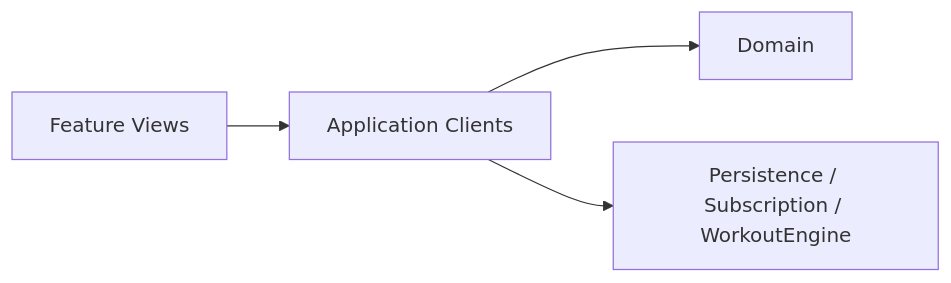
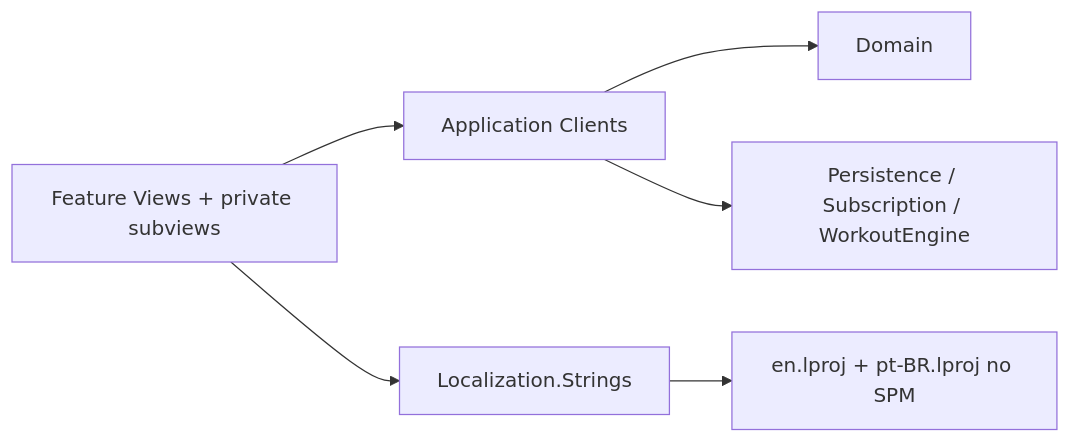
One commit to douglastaquary/CrossfitPRApp changed the diagram in spdd/prompt/CPR-006-20261028-[Feat]-mv-swiftui-architecture-standard.md. Above: the diagram before and after it, drawn with Mermaid. The commit also changed other lines of this file and 14 other files, not shown here.

````diff
--- a/spdd/prompt/CPR-006-20261028-[Feat]-mv-swiftui-architecture-standard.md
+++ b/spdd/prompt/CPR-006-20261028-[Feat]-mv-swiftui-architecture-standard.md
@@ -18,6 +21,8 @@
 ```mermaid
 flowchart LR
-  View[Feature Views] --> Client[Application Clients]
+  View[Feature Views + private subviews] --> Client[Application Clients]
   Client --> Domain[Domain]
   Client --> Infra[Persistence / Subscription / WorkoutEngine]
+  View --> Strings[Localization.Strings]
+  Strings --> L10n[en.lproj + pt-BR.lproj no SPM]
 ```
````
